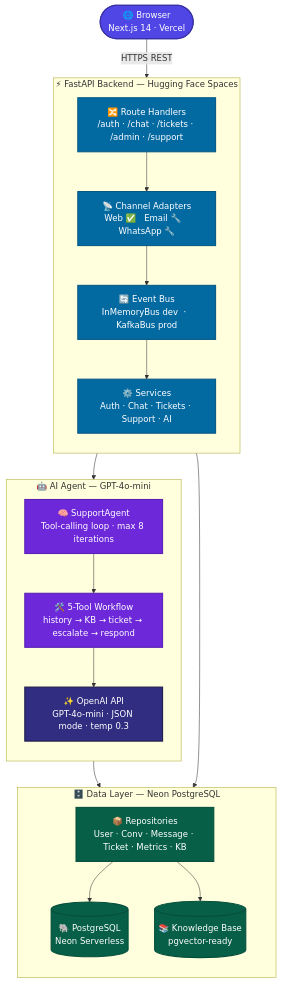
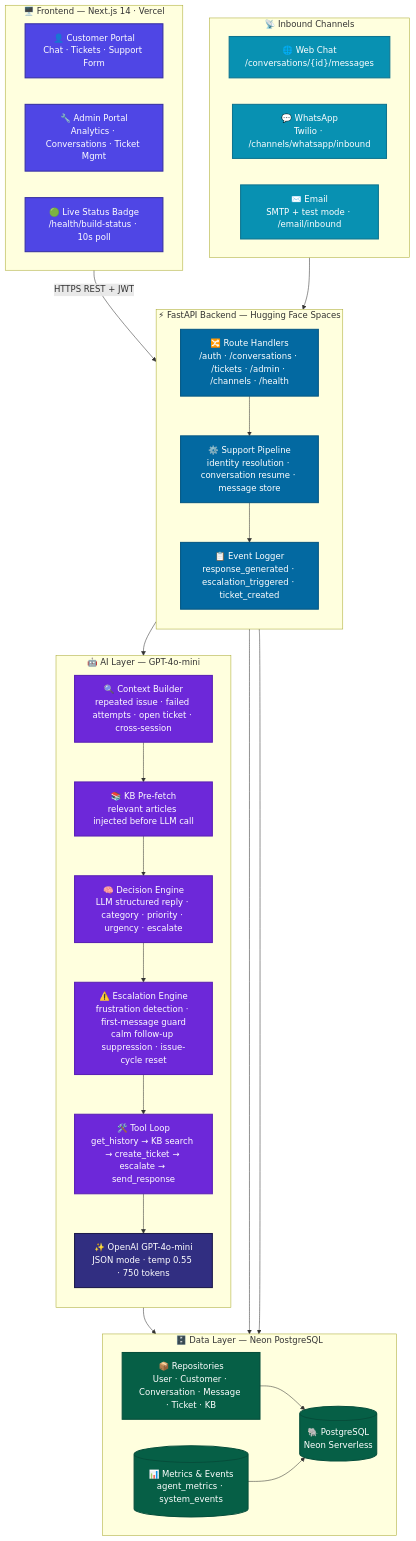
One commit to zohair-azmat-ai/Supportpilot-Ai-Digital-Fte changed the diagram in README.md. Above: the diagram before and after it, drawn with Mermaid. The commit also changed other lines of this file, not shown here.

Commit message:
docs: update architecture diagram and system design
- Replaced 3-layer Mermaid diagram with accurate 5-layer diagram:
  Frontend (customer portal, admin portal, live status badge)
  Channels (Web ✅, WhatsApp ✅, Email ✅)
  Backend (routes, support pipeline, event logger)
  AI Layer (context builder, KB pre-fetch, decision engine,
            escalation engine, tool loop, OpenAI)
  Data Layer (repositories, PostgreSQL, metrics/events)
- Added colour class for channel layer (teal)
- Replaced 6-row layer table with 11-row table covering every
  component including Decision Engine, Escalation Engine,
  Context Builder, KB Pre-fetch, Event Logger, Tool Loop

````diff
--- a/README.md
+++ b/README.md
@@ -199,50 +199,70 @@
 ```mermaid
 flowchart TD
-    Browser(["🌐 Browser\nNext.js 14 · Vercel"])
+    subgraph FrontendLayer["  🖥️ Frontend — Next.js 14 · Vercel  "]
+        direction LR
+        CustomerUI["👤 Customer Portal\nChat · Tickets · Support Form"]
+        AdminUI["🔧 Admin Portal\nAnalytics · Conversations · Ticket Mgmt"]
+        StatusUI["🟢 Live Status Badge\n/health/build-status · 10s poll"]
+    end
+
+    subgraph ChannelLayer["  📡 Inbound Channels  "]
+        direction LR
+        WebCh["🌐 Web Chat\n/conversations/{id}/messages"]
+        WACh["💬 WhatsApp\nTwilio · /channels/whatsapp/inbound"]
+        EmailCh["✉️ Email\nSMTP + test mode · /email/inbound"]
+    end
 
     subgraph BackendLayer["  ⚡ FastAPI Backend — Hugging Face Spaces  "]
         direction TB
-        Routes["🔀 Route Handlers\n/auth · /chat · /tickets · /admin · /support"]
-        Adapters["📡 Channel Adapters\nWeb ✅   Email 🔧   WhatsApp 🔧"]
-        EventBus["🔄 Event Bus\nInMemoryBus dev  ·  KafkaBus prod"]
-        Services["⚙️ Services\nAuth · Chat · Tickets · Support · AI"]
+        Routes["🔀 Route Handlers\n/auth · /conversations · /tickets · /admin · /channels · /health"]
+        Pipeline["⚙️ Support Pipeline\nidentity resolution · conversation resume · message store"]
+        EventLog["📋 Event Logger\nresponse_generated · escalation_triggered · ticket_created"]
     end
 
-    subgraph AgentLayer["  🤖 AI Agent — GPT-4o-mini  "]
+    subgraph AILayer["  🤖 AI Layer — GPT-4o-mini  "]
         direction TB
-        Agent["🧠 SupportAgent\nTool-calling loop · max 8 iterations"]
-        Tools["🛠️ 5-Tool Workflow\nhistory → KB → ticket → escalate → respond"]
-        GPT["✨ OpenAI API\nGPT-4o-mini · JSON mode · temp 0.3"]
+        CtxBuilder["🔍 Context Builder\nrepeated issue · failed attempts · open ticket · cross-session"]
+        KBFetch["📚 KB Pre-fetch\nrelevant articles injected before LLM call"]
+        DecisionEng["🧠 Decision Engine\nLLM structured reply · category · priority · urgency · escalate"]
+        EscEngine["⚠️ Escalation Engine\nfrustration detection · first-message guard\ncalm follow-up suppression · issue-cycle reset"]
+        ToolLoop["🛠️ Tool Loop\nget_history → KB search → create_ticket → escalate → send_response"]
+        LLM["✨ OpenAI GPT-4o-mini\nJSON mode · temp 0.55 · 750 tokens"]
     end
 
     subgraph DataLayer["  🗄️ Data Layer — Neon PostgreSQL  "]
-        direction TB
-        Repos["📦 Repositories\nUser · Conv · Message · Ticket · Metrics · KB"]
+        direction LR
+        Repos["📦 Repositories\nUser · Customer · Conversation · Message · Ticket · KB"]
         PG[("🐘 PostgreSQL\nNeon Serverless")]
-        KBase[("📚 Knowledge Base\npgvector-ready")]
+        Metrics[("📊 Metrics & Events\nagent_metrics · system_events")]
     end
 
-    Browser -->|"HTTPS REST"| Routes
-    Routes --> Adapters
-    Adapters --> EventBus
-    EventBus --> Services
-    Services --> Agent
-    Agent --> Tools
-    Tools --> GPT
-    Tools --> Repos
-    Services --> Repos
+    FrontendLayer -->|"HTTPS REST + JWT"| Routes
+    ChannelLayer --> Routes
+    Routes --> Pipeline
+    Pipeline --> CtxBuilder
+    CtxBuilder --> KBFetch
+    KBFetch --> DecisionEng
+    DecisionEng --> EscEngine
+    EscEngine --> ToolLoop
+    ToolLoop --> LLM
+    ToolLoop --> Repos
+    Pipeline --> EventLog
+    Pipeline --> Repos
+    EventLog --> Metrics
     Repos --> PG
-    Repos --> KBase
+    Metrics --> PG
 
     classDef frontendStyle fill:#4f46e5,stroke:#3730a3,stroke-width:2px,color:#fff
+    classDef channelStyle fill:#0891b2,stroke:#0e7490,stroke-width:2px,color:#fff
     classDef backendStyle fill:#0369a1,stroke:#075985,stroke-width:2px,color:#fff
     classDef aiStyle fill:#6d28d9,stroke:#5b21b6,stroke-width:2px,color:#fff
-    classDef gptStyle fill:#312e81,stroke:#1e1b4b,stroke-width:2px,color:#fff
+    classDef llmStyle fill:#312e81,stroke:#1e1b4b,stroke-width:2px,color:#fff
     classDef dbStyle fill:#065f46,stroke:#064e3b,stroke-width:2px,color:#fff
 
-    class Browser frontendStyle
-    class Routes,Adapters,EventBus,Services backendStyle
-    class Agent,Tools aiStyle
-    class GPT gptStyle
-    class Repos,PG,KBase dbStyle
+    class CustomerUI,AdminUI,StatusUI frontendStyle
+    class WebCh,WACh,EmailCh channelStyle
+    class Routes,Pipeline,EventLog backendStyle
+    class CtxBuilder,KBFetch,DecisionEng,EscEngine,ToolLoop aiStyle
+    class LLM llmStyle
+    class Repos,PG,Metrics dbStyle
 ```
````
